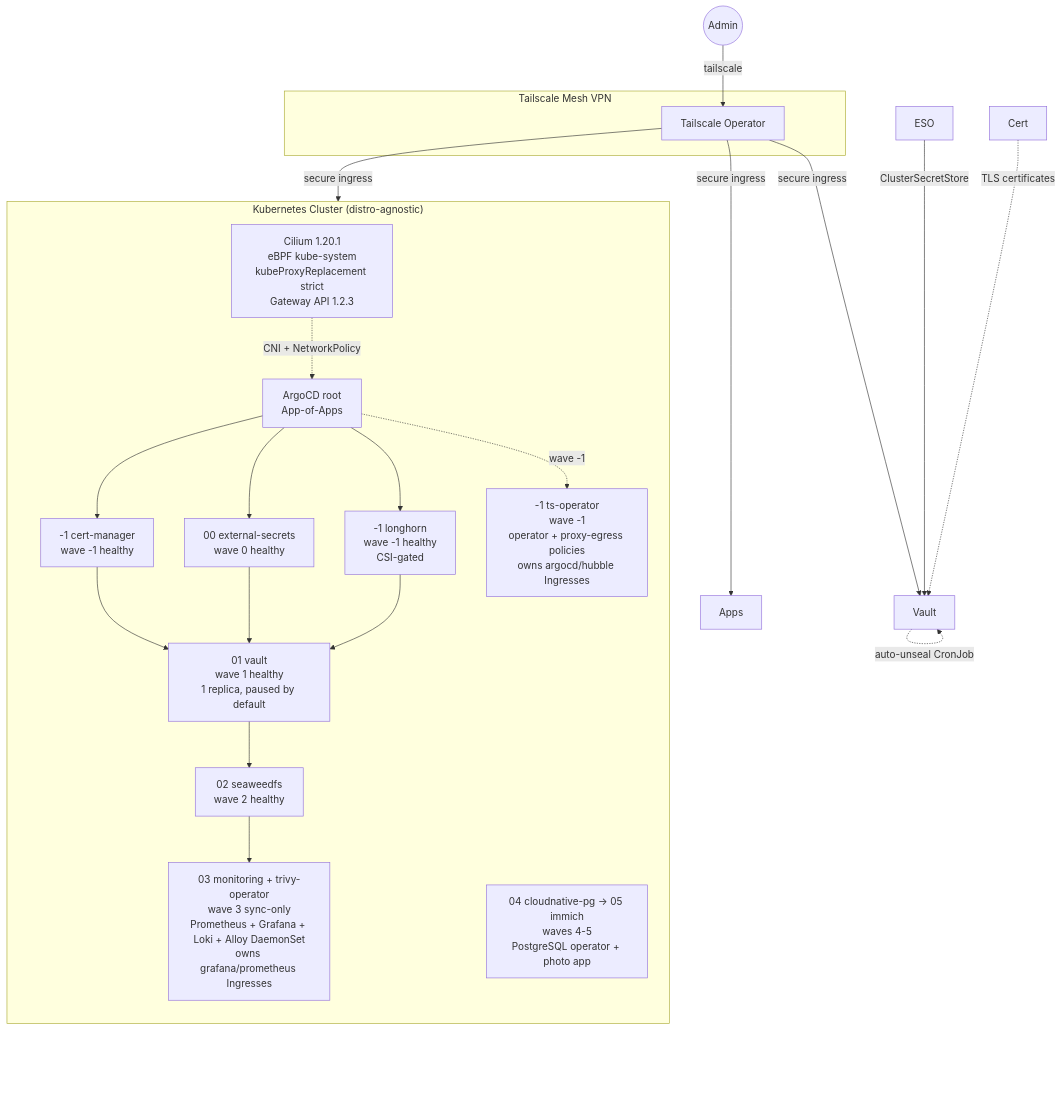
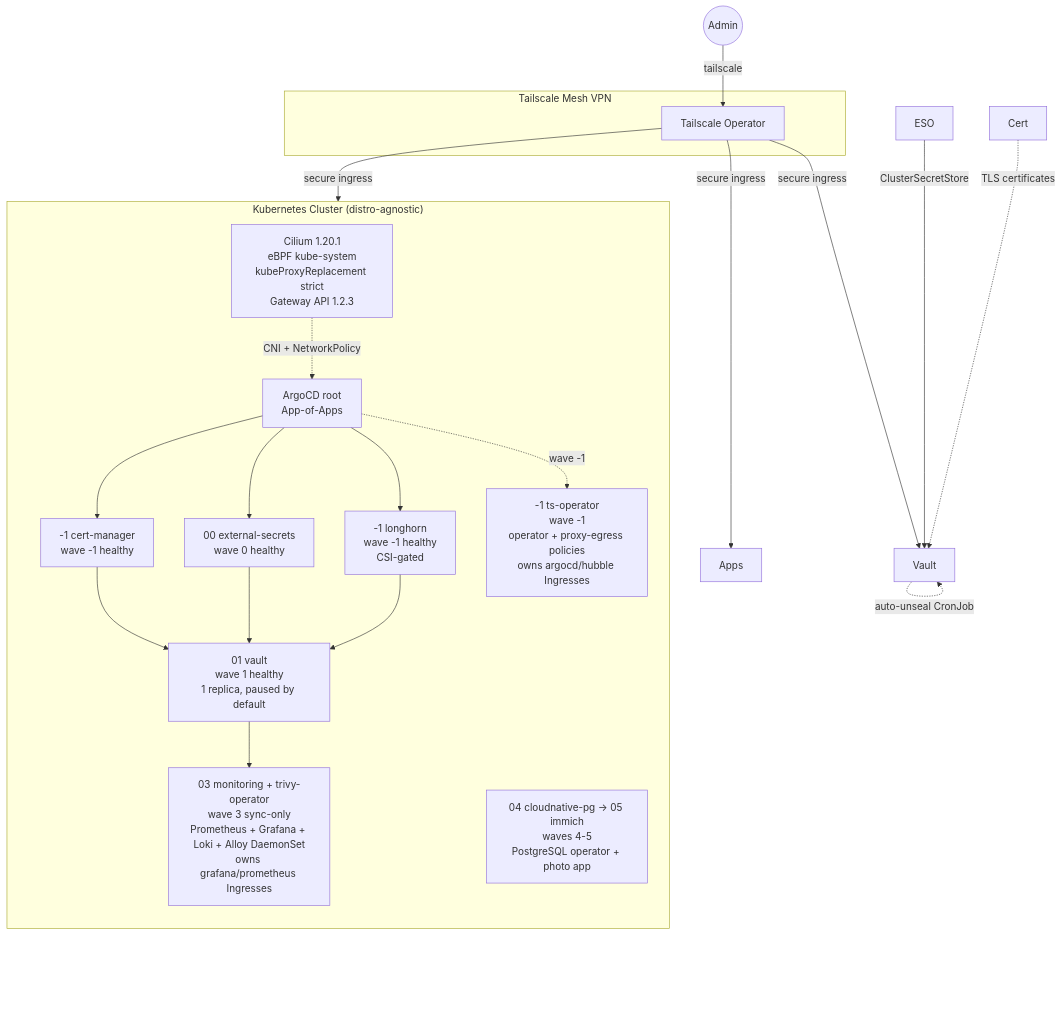
The diagram in README.md (Seom88/gitops-platform), drawn with Mermaid before and after one commit. The commit also changed other lines of this file and 46 other files, not shown here.

````diff
--- a/README.md
+++ b/README.md
@@ -73,36 +73,34 @@
 ```mermaid
 graph TD
     subgraph "Tailscale Mesh VPN"
         TS[Tailscale Operator]
     end
 
     subgraph "Kubernetes Cluster (distro-agnostic)"
         direction TB
         CILIUM[Cilium 1.20.1<br/>eBPF kube-system<br/>kubeProxyReplacement strict<br/>Gateway API 1.2.3]
         ROOT[ArgoCD root<br/>App-of-Apps]
         W0A[-1 cert-manager<br/>wave -1 healthy]
         W0B[00 external-secrets<br/>wave 0 healthy]
         W0C[-1 longhorn<br/>wave -1 healthy<br/>CSI-gated]
         W1[01 vault<br/>wave 1 healthy<br/>1 replica, paused by default]
-        W2[02 seaweedfs<br/>wave 2 healthy]
         W3[03 monitoring + trivy-operator<br/>wave 3 sync-only<br/>Prometheus + Grafana + Loki + Alloy DaemonSet<br/>owns grafana/prometheus Ingresses]
         W4[04 cloudnative-pg → 05 immich<br/>waves 4-5<br/>PostgreSQL operator + photo app]
         WOP[-1 ts-operator<br/>wave -1<br/>operator + proxy-egress policies<br/>owns argocd/hubble Ingresses]
 
         CILIUM -.->|CNI + NetworkPolicy| ROOT
         ROOT --> W0A & W0B & W0C
         W0A & W0B & W0C --> W1
-        W1 --> W2
-        W2 --> W3
+        W1 --> W3
         ROOT -.->|wave -1| WOP
     end
 
     User((Admin)) -->|tailscale| TS
     TS -->|secure ingress| ROOT
     TS -->|secure ingress| Vault
     TS -->|secure ingress| Apps
 
     ESO -->|ClusterSecretStore| Vault
     Vault -.->|auto-unseal CronJob| Vault
     Cert -.->|TLS certificates| Vault
 ```
````
